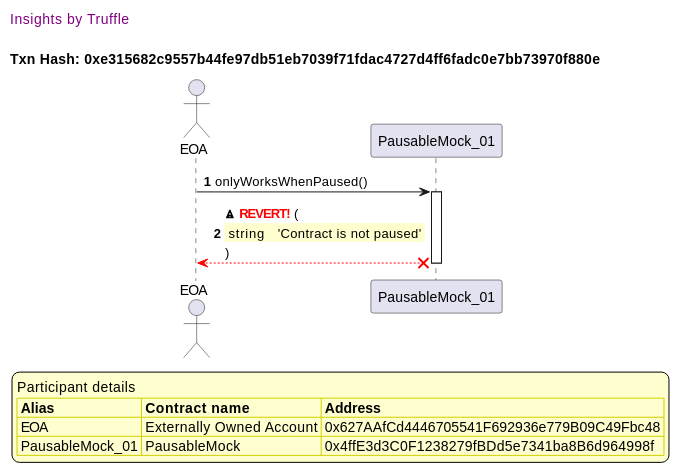
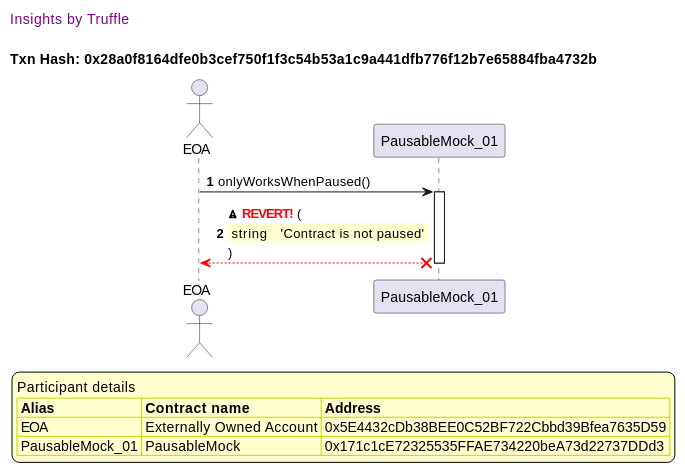
Before and after one commit to fodisi/hackapay: the second of 12 diagrams in truffle-seq/lifecycle_pausable.md, drawn with PlantUML. The commit also changed other lines of this file and 10 other files, not shown here.

````diff
--- a/truffle-seq/lifecycle_pausable.md
+++ b/truffle-seq/lifecycle_pausable.md
@@ -80,40 +80,40 @@
 ```plantuml
 
 
 @startuml
 
 autonumber
 skinparam legendBackgroundColor #FEFECE
 
 <style>
       header {
         HorizontalAlignment left
         FontColor purple
         FontSize 14
         Padding 10
       }
     </style>
 
 header Insights by Truffle
 
-title Txn Hash: 0xe315682c9557b44fe97db51eb7039f71fdac4727d4ff6fadc0e7bb73970f880e
+title Txn Hash: 0x28a0f8164dfe0b3cef750f1f3c54b53a1c9a441dfb776f12b7e65884fba4732b
 
 
 actor EOA as "EOA"
 participant PausableMock_01 as "PausableMock_01"
 
 "EOA" -> "PausableMock_01" ++: onlyWorksWhenPaused()
 "PausableMock_01" x-[#red]-> "EOA" --: <&warning> <color #red>**REVERT!**</color> (\n\
 <#FEFECE,#FEFECE>| string |  | 'Contract is not paused' |\n\
 )
 deactivate "PausableMock_01"
 
 legend
 Participant details
 <#FEFECE,#D0D000>|= Alias |= Contract name |= Address |
-<#FEFECE>| EOA | Externally Owned Account | 0x627AAfCd4446705541F692936e779B09C49Fbc48 |
-<#FEFECE>| PausableMock_01 | PausableMock | 0x4ffE3d3C0F1238279fBDd5e7341ba8B6d964998f |
+<#FEFECE>| EOA | Externally Owned Account | 0x5E4432cDb38BEE0C52BF722Cbbd39Bfea7635D59 |
+<#FEFECE>| PausableMock_01 | PausableMock | 0x171c1cE72325535FFAE734220beA73d22737DDd3 |
 endlegend
 
 @enduml
 ```
````
